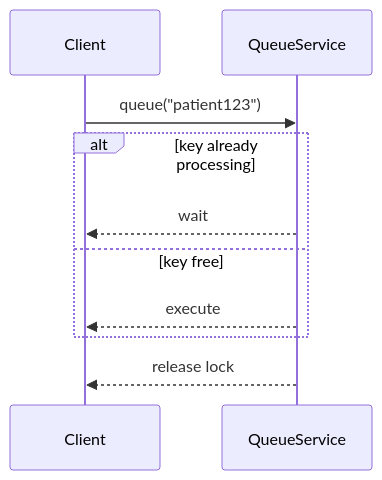
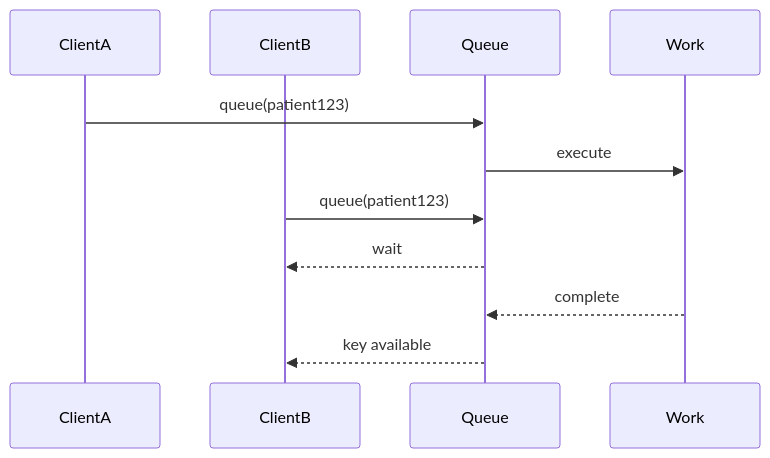
Before and after one commit to smals-belgium/shared-pseudo-tools-js: the first of 4 diagrams in ARCHITECTURE.MD, drawn with Mermaid. The commit also changed other lines of this file and 12 other files, not shown here.

````diff
--- a/ARCHITECTURE.MD
+++ b/ARCHITECTURE.MD
@@ -114,16 +105,14 @@
 ```mermaid
 sequenceDiagram
+    participant ClientA
+    participant ClientB
+    participant Queue
+    participant Work
 
-participant Client
-participant QueueService
-
-Client->>QueueService: queue("patient123")
-
-alt key already processing
-    QueueService-->>Client: wait
-else key free
-    QueueService-->>Client: execute
-end
-
-QueueService-->>Client: release lock
+    ClientA->>Queue: queue(patient123)
+    Queue->>Work: execute
+    ClientB->>Queue: queue(patient123)
+    Queue-->>ClientB: wait
+    Work-->>Queue: complete
+    Queue-->>ClientB: key available
 ```
````
